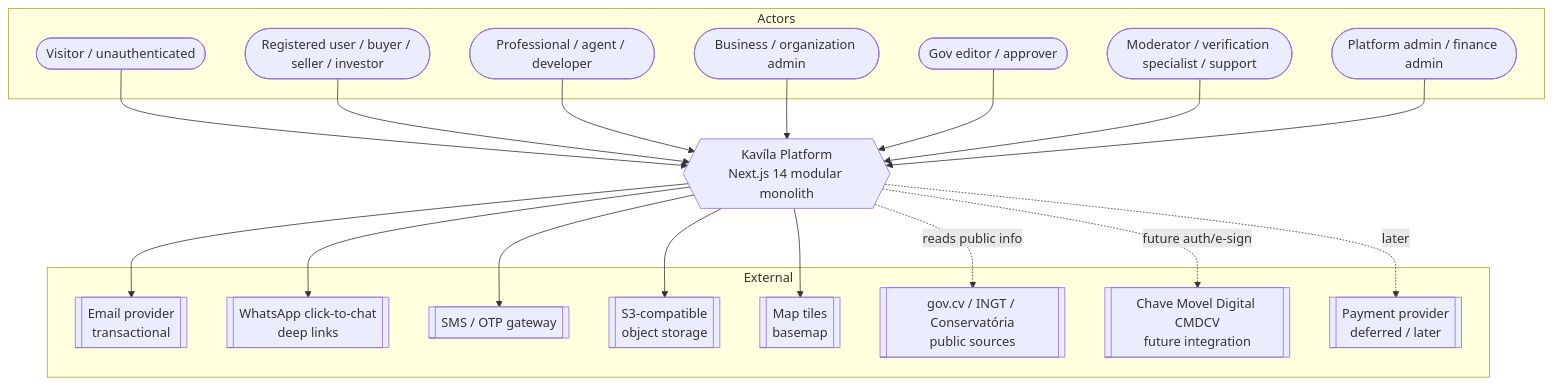
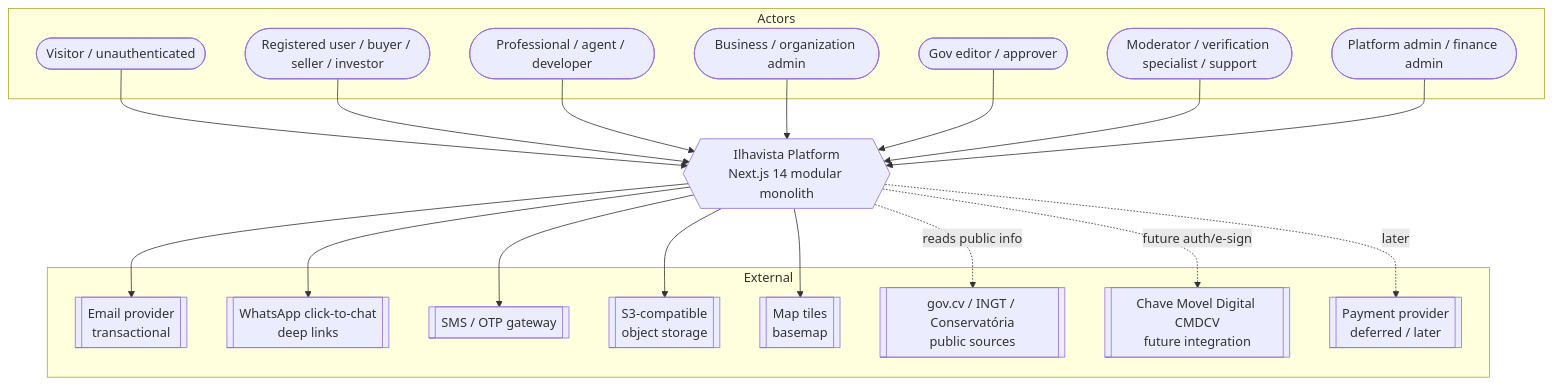
One commit to Studio-Goud/CapeVerdeMobilia changed the first of 9 diagrams in docs/10-technical-architecture.md. Above: the diagram before and after it, drawn with Mermaid. The commit also changed other lines of this file and 78 other files, not shown here.

First line of the commit message:
Rebrand: Kavíla → Ilhavista across docs, code, config and seed

````diff
--- a/docs/10-technical-architecture.md
+++ b/docs/10-technical-architecture.md
@@ -24,42 +24,42 @@
 ```mermaid
 graph TB
     subgraph Actors
         Visitor([Visitor / unauthenticated])
         User([Registered user / buyer / seller / investor])
         Pro([Professional / agent / developer])
         OrgAdmin([Business / organization admin])
         GovEditor([Gov editor / approver])
         Ops([Moderator / verification specialist / support])
         Admin([Platform admin / finance admin])
     end
 
-    Kavila{{Kavíla Platform<br/>Next.js 14 modular monolith}}
+    Ilhavista{{Ilhavista Platform<br/>Next.js 14 modular monolith}}
 
     subgraph External
         Email[[Email provider<br/>transactional]]
         WhatsApp[[WhatsApp click-to-chat<br/>deep links]]
         SMS[[SMS / OTP gateway]]
         S3[[S3-compatible<br/>object storage]]
         Maps[[Map tiles<br/>basemap]]
         GovCV[[gov.cv / INGT / Conservatória<br/>public sources]]
         CMDCV[[Chave Movel Digital CMDCV<br/>future integration]]
         PSP[[Payment provider<br/>deferred / later]]
     end
 
-    Visitor --> Kavila
-    User --> Kavila
-    Pro --> Kavila
-    OrgAdmin --> Kavila
-    GovEditor --> Kavila
-    Ops --> Kavila
-    Admin --> Kavila
+    Visitor --> Ilhavista
+    User --> Ilhavista
+    Pro --> Ilhavista
+    OrgAdmin --> Ilhavista
+    GovEditor --> Ilhavista
+    Ops --> Ilhavista
+    Admin --> Ilhavista
 
-    Kavila --> Email
-    Kavila --> WhatsApp
-    Kavila --> SMS
-    Kavila --> S3
-    Kavila --> Maps
-    Kavila -. reads public info .-> GovCV
-    Kavila -. future auth/e-sign .-> CMDCV
-    Kavila -. later .-> PSP
+    Ilhavista --> Email
+    Ilhavista --> WhatsApp
+    Ilhavista --> SMS
+    Ilhavista --> S3
+    Ilhavista --> Maps
+    Ilhavista -. reads public info .-> GovCV
+    Ilhavista -. future auth/e-sign .-> CMDCV
+    Ilhavista -. later .-> PSP
 ```
````
